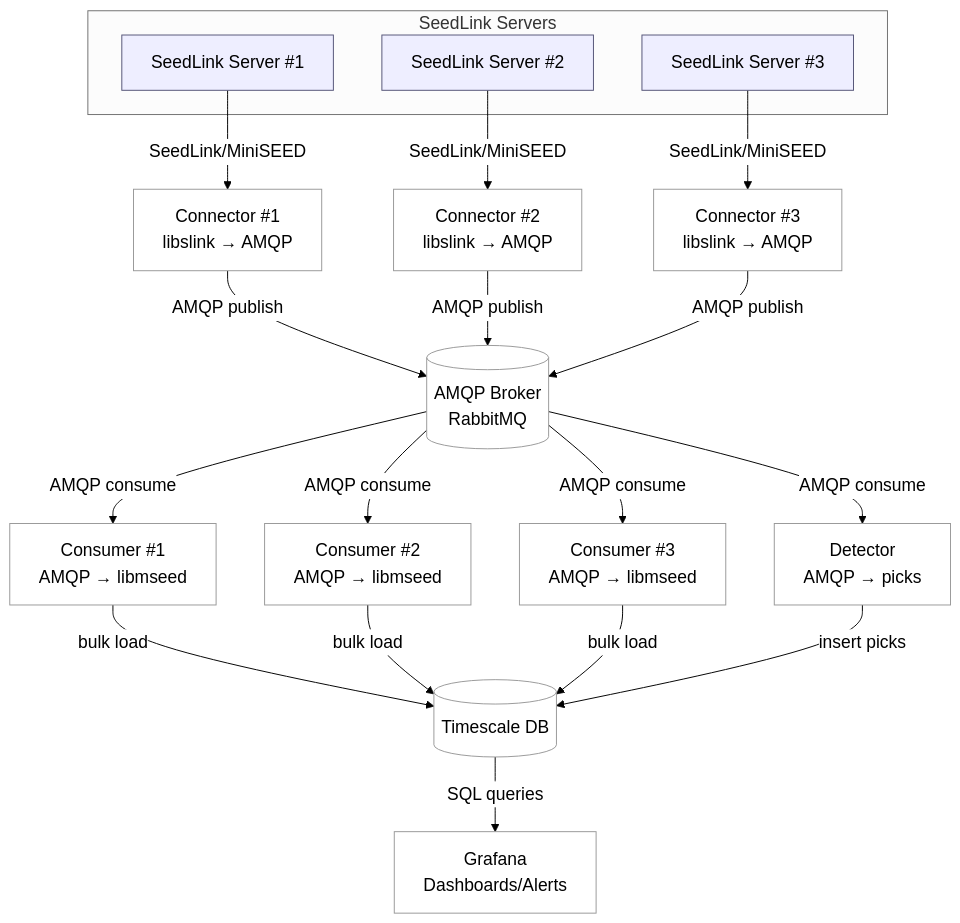
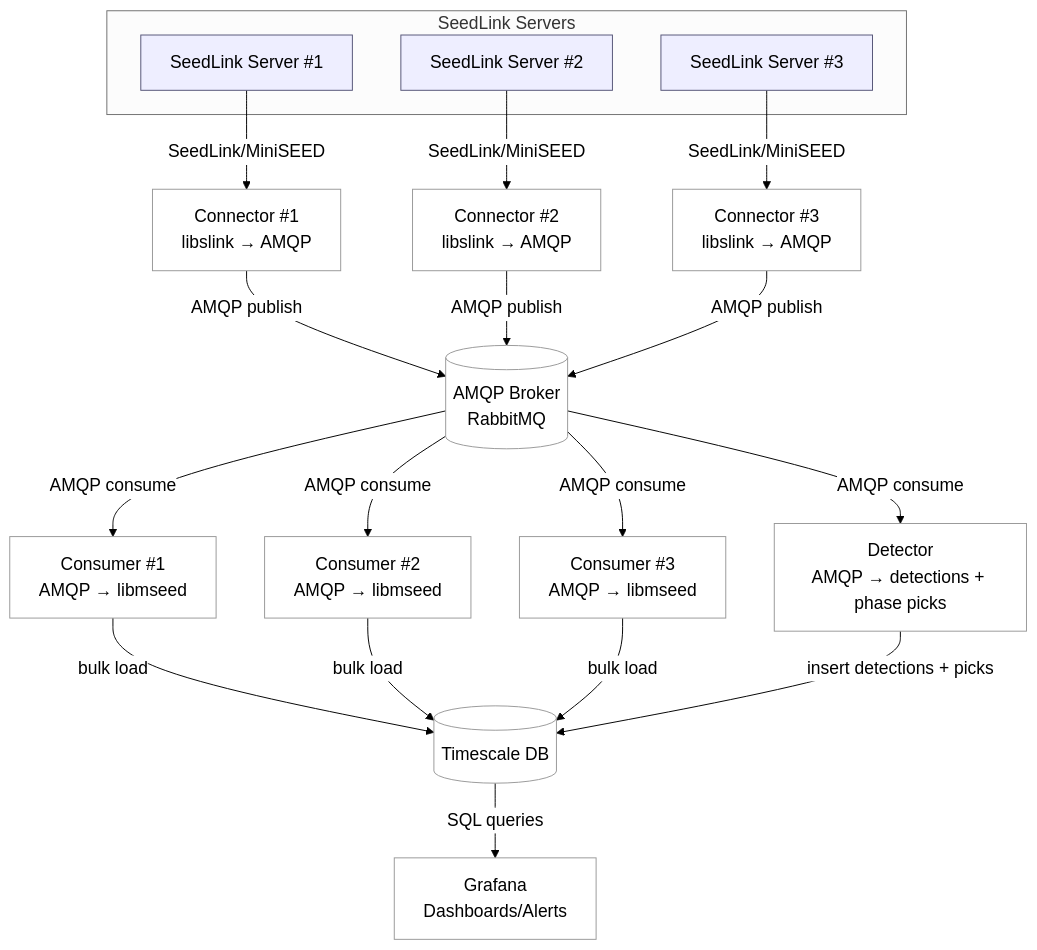
One commit to timkomate/seisstream changed the diagram in README.md. Above: the diagram before and after it, drawn with Mermaid. The commit also changed other lines of this file, not shown here.

````diff
--- a/README.md
+++ b/README.md
@@ -6,32 +6,32 @@
 ```mermaid
 %%{init: {"theme":"neutral","themeVariables":{"fontSize":"18px","primaryTextColor":"#000","lineColor":"#000","background":"#ffffff","mainBkg":"#ffffff"}}}%%
 flowchart TB
   subgraph SeedLink Servers
     SL1[SeedLink Server #1]:::src
     SL2[SeedLink Server #2]:::src
     SL3[SeedLink Server #3]:::src
   end
 
   SL1 -->|SeedLink/MiniSEED| CON1[Connector #1<br/>libslink → AMQP]
   SL2 -->|SeedLink/MiniSEED| CON2[Connector #2<br/>libslink → AMQP]
   SL3 -->|SeedLink/MiniSEED| CON3[Connector #3<br/>libslink → AMQP]
 
   CON1 -->|AMQP publish| MQ[(AMQP Broker<br/>RabbitMQ)]
   CON2 -->|AMQP publish| MQ
   CON3 -->|AMQP publish| MQ
 
   MQ -->|AMQP consume| CNS1[Consumer #1<br/>AMQP → libmseed]
   MQ -->|AMQP consume| CNS2[Consumer #2<br/>AMQP → libmseed]
   MQ -->|AMQP consume| CNS3[Consumer #3<br/>AMQP → libmseed]
-  MQ -->|AMQP consume| DET[Detector<br/>AMQP → picks]
+  MQ -->|AMQP consume| DET[Detector<br/>AMQP → detections + phase picks]
 
   CNS1 -->|bulk load| PG[(Timescale DB)]
   CNS2 -->|bulk load| PG
   CNS3 -->|bulk load| PG
-  DET -->|insert picks| PG
+  DET -->|insert detections + picks| PG
 
   PG -->|SQL queries| GRAF[Grafana<br/>Dashboards/Alerts]
 
   classDef src fill:#eef,stroke:#557;
 
 ```
````
